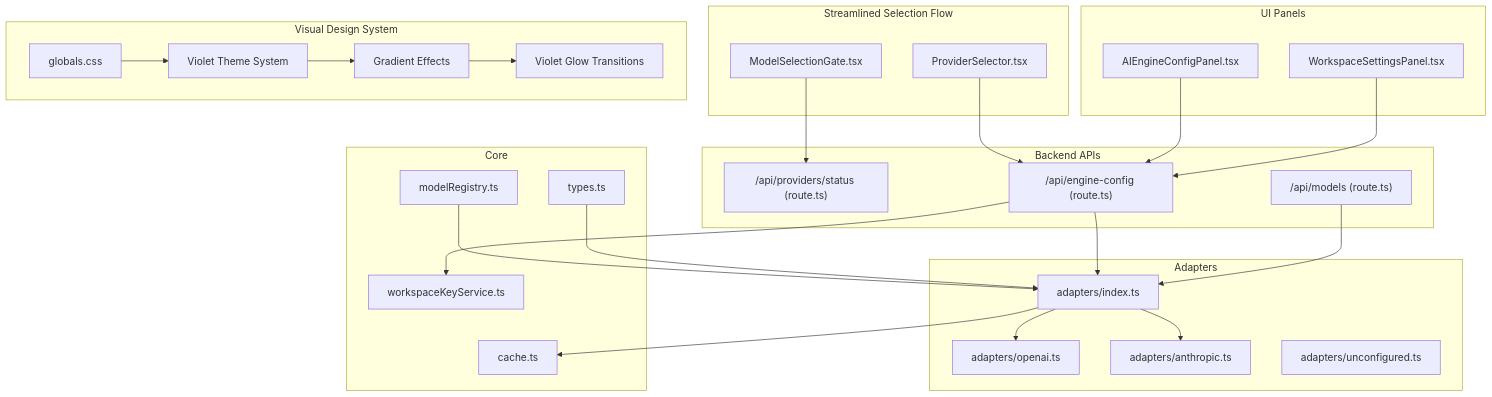
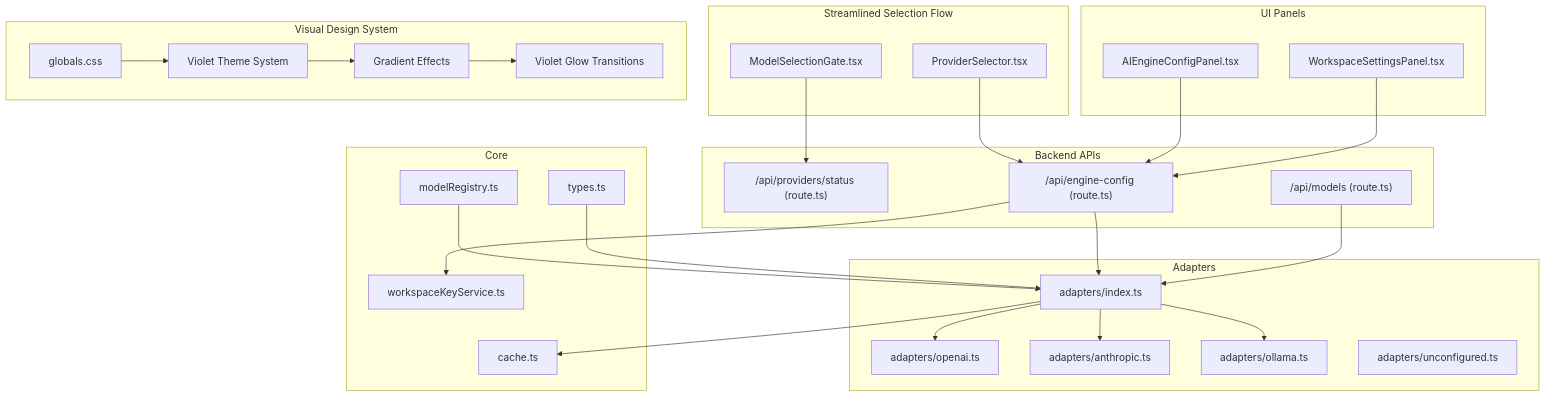
One commit to shekhargiri005-dotcom/AI-powered-accessibility-first-UI-engine changed the first of 12 diagrams in .qoder/repowiki/en/content/AI Generation Engine/Model Configuration & Selection/Model Configuration & Selection.md. Above: the diagram before and after it, drawn with Mermaid. The commit also changed other lines of this file and 9 other files, not shown here.

````diff
--- a/.qoder/repowiki/en/content/AI Generation Engine/Model Configuration & Selection/Model Configuration & Selection.md
+++ b/.qoder/repowiki/en/content/AI Generation Engine/Model Configuration & Selection/Model Configuration & Selection.md
@@ -69,49 +72,51 @@
 ```mermaid
 graph TB
 subgraph "Streamlined Selection Flow"
 MSG["ModelSelectionGate.tsx"]
 PS["ProviderSelector.tsx"]
 end
 subgraph "Backend APIs"
 PSAPI["/api/providers/status (route.ts)"]
 EC["/api/engine-config (route.ts)"]
 AM["/api/models (route.ts)"]
 end
 subgraph "UI Panels"
 AEC["AIEngineConfigPanel.tsx"]
 WSP["WorkspaceSettingsPanel.tsx"]
 end
 subgraph "Adapters"
 IDX["adapters/index.ts"]
 OA["adapters/openai.ts"]
 AA["adapters/anthropic.ts"]
+OL["adapters/ollama.ts"]
 UA["adapters/unconfigured.ts"]
 end
 subgraph "Core"
 MR["modelRegistry.ts"]
 TY["types.ts"]
 WS["workspaceKeyService.ts"]
 CA["cache.ts"]
 end
 subgraph "Visual Design System"
 CSS["globals.css"]
 VIOLET["Violet Theme System"]
 GRADIENTS["Gradient Effects"]
 GLOW["Violet Glow Transitions"]
 end
 MSG --> PSAPI
 PS --> EC
 AEC --> EC
 WSP --> EC
 EC --> WS
 EC --> IDX
 AM --> IDX
 IDX --> OA
 IDX --> AA
+IDX --> OL
 IDX --> CA
 MR --> IDX
 TY --> IDX
 CSS --> VIOLET
 VIOLET --> GRADIENTS
 GRADIENTS --> GLOW
 ```
````
